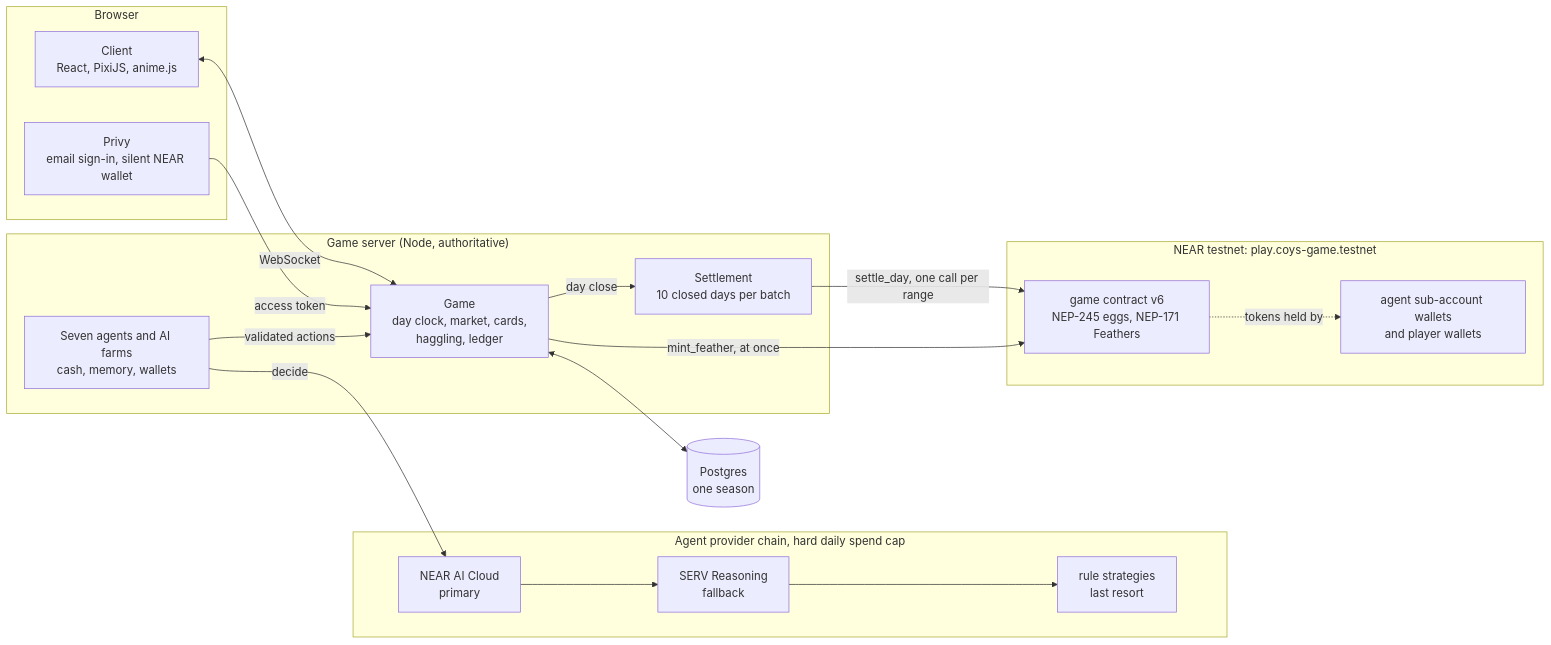
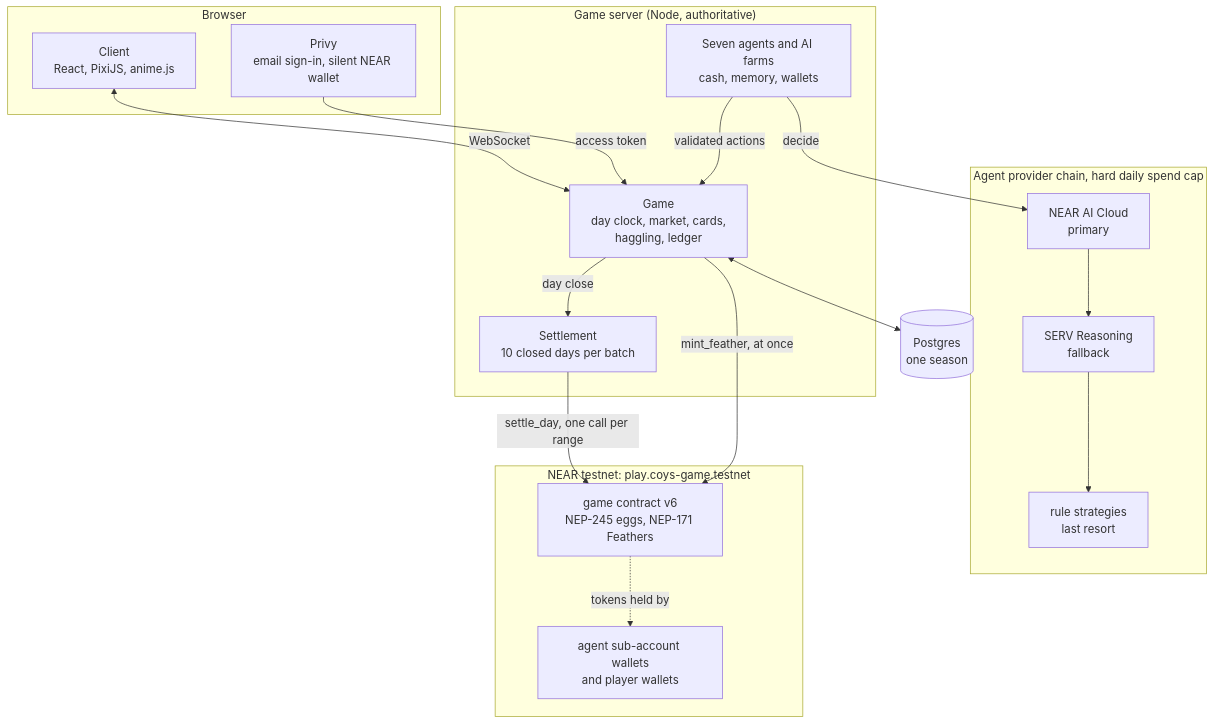
The first of 7 diagrams in README.md (iam25th1/chickens-of-yolk-street), drawn with Mermaid before and after one commit.

Commit message:
README: draw the architecture top to bottom so it reads at GitHub's column width

````diff
--- a/README.md
+++ b/README.md
@@ -36,29 +36,29 @@
 ```mermaid
-flowchart LR
+flowchart TB
   subgraph Browser
     C["Client<br/>React, PixiJS, anime.js"]
     PV["Privy<br/>email sign-in, silent NEAR wallet"]
   end
   subgraph Server["Game server (Node, authoritative)"]
     G["Game<br/>day clock, market, cards,<br/>haggling, ledger"]
     A["Seven agents and AI farms<br/>cash, memory, wallets"]
     S["Settlement<br/>10 closed days per batch"]
   end
   DB[("Postgres<br/>one season")]
   subgraph Chain["Agent provider chain, hard daily spend cap"]
     N["NEAR AI Cloud<br/>primary"] --> SV["SERV Reasoning<br/>fallback"] --> R["rule strategies<br/>last resort"]
   end
   subgraph NEAR["NEAR testnet: play.coys-game.testnet"]
     K["game contract v6<br/>NEP-245 eggs, NEP-171 Feathers"]
     W["agent sub-account wallets<br/>and player wallets"]
   end
   C <-->|WebSocket| G
   PV -->|access token| G
   G <--> DB
   A -->|decide| N
   A -->|validated actions| G
   G -->|day close| S
   S -->|"settle_day, one call per range"| K
   G -->|"mint_feather, at once"| K
   K -.->|tokens held by| W
 ```
````
